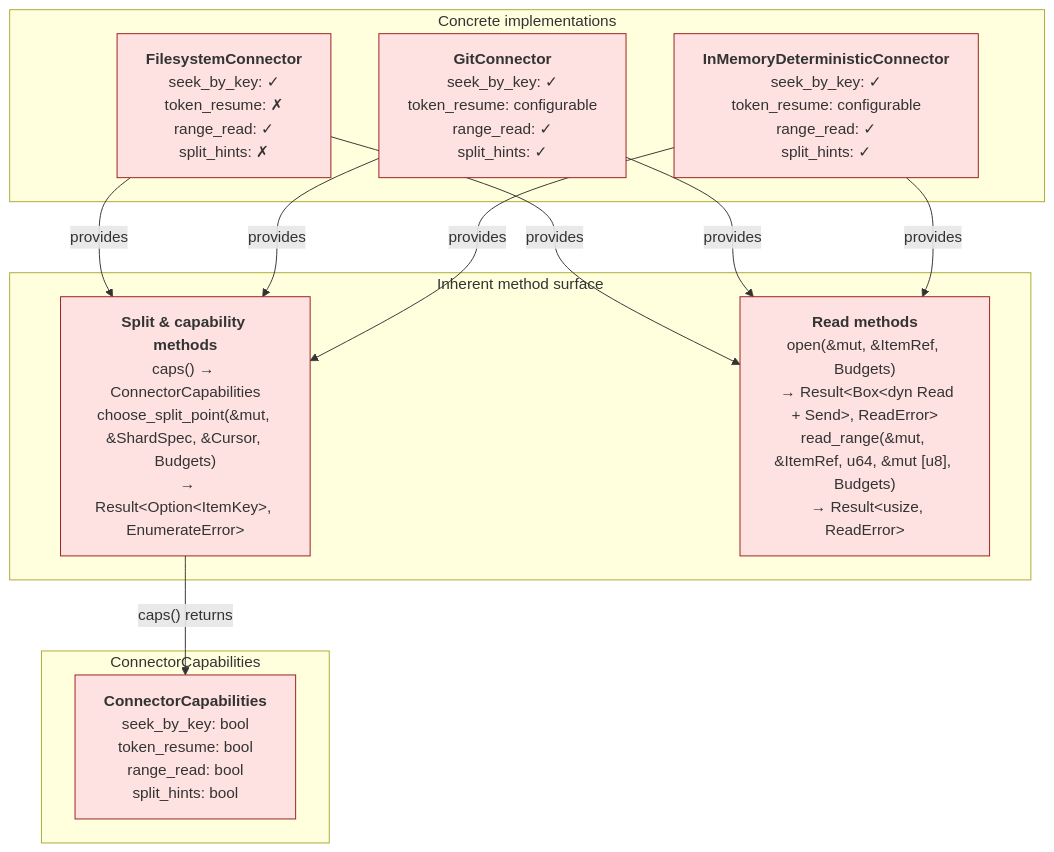
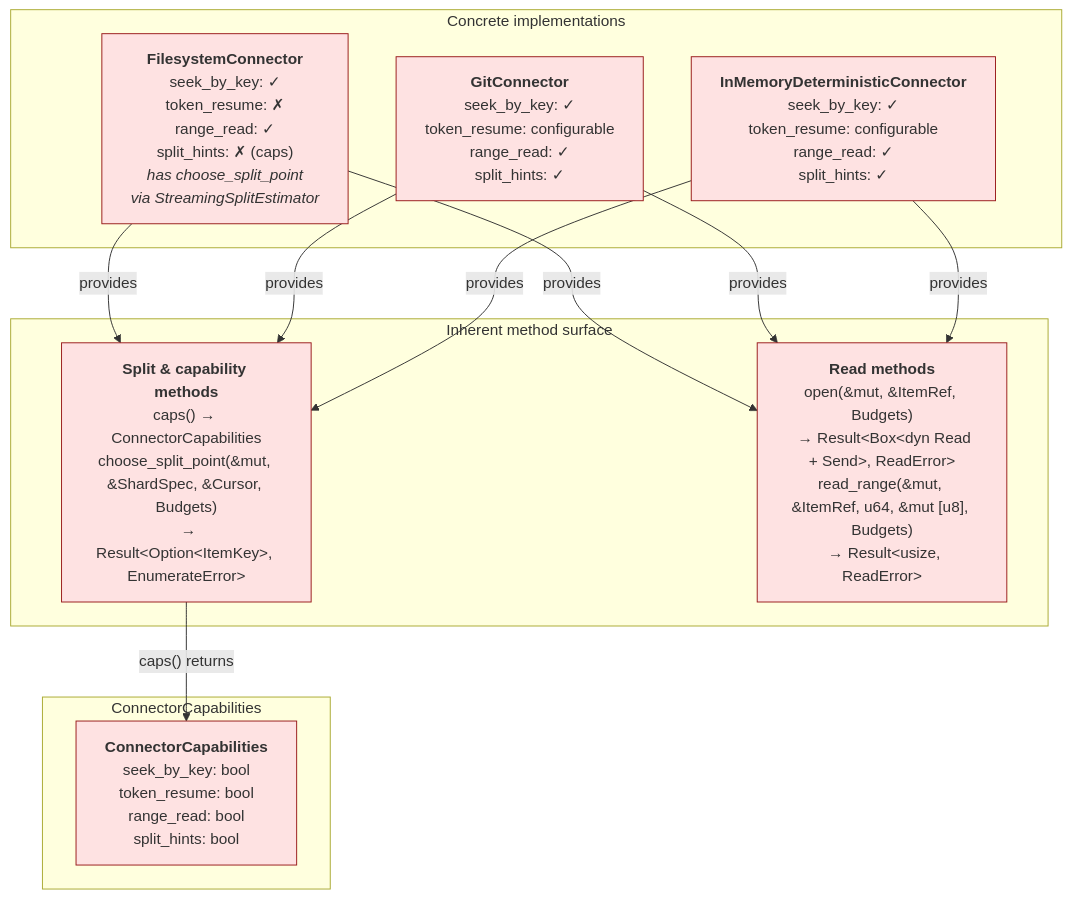
The first of 4 diagrams in diagrams/14-connector-architecture.md (ahrav/Gossip-rs), drawn with Mermaid before and after one commit. The commit also changed other lines of this file and 3 other files, not shown here.

Commit message:
Clarify connector capabilities and persistence pipeline in diagrams and docs

````diff
--- a/diagrams/14-connector-architecture.md
+++ b/diagrams/14-connector-architecture.md
@@ -20,34 +20,34 @@
 ```mermaid
 %% Diagram: connector-method-surface
 graph TD
     subgraph Caps["ConnectorCapabilities"]
         CC["<b>ConnectorCapabilities</b><br/>seek_by_key: bool<br/>token_resume: bool<br/>range_read: bool<br/>split_hints: bool"]
     end
 
     subgraph Methods["Inherent method surface"]
         EM["<b>Split &amp; capability methods</b><br/>caps() → ConnectorCapabilities<br/>choose_split_point(&mut, &ShardSpec, &Cursor, Budgets)<br/>  → Result&lt;Option&lt;ItemKey&gt;, EnumerateError&gt;"]
         RM["<b>Read methods</b><br/>open(&mut, &ItemRef, Budgets)<br/>  → Result&lt;Box&lt;dyn Read + Send&gt;, ReadError&gt;<br/>read_range(&mut, &ItemRef, u64, &mut [u8], Budgets)<br/>  → Result&lt;usize, ReadError&gt;"]
     end
 
     EM -->|"caps() returns"| CC
 
     subgraph Connectors["Concrete implementations"]
-        FS["<b>FilesystemConnector</b><br/>seek_by_key: ✓<br/>token_resume: ✗<br/>range_read: ✓<br/>split_hints: ✗"]
+        FS["<b>FilesystemConnector</b><br/>seek_by_key: ✓<br/>token_resume: ✗<br/>range_read: ✓<br/>split_hints: ✗ (caps)<br/><i>has choose_split_point<br/>via StreamingSplitEstimator</i>"]
         GIT["<b>GitConnector</b><br/>seek_by_key: ✓<br/>token_resume: configurable<br/>range_read: ✓<br/>split_hints: ✓"]
         MEM["<b>InMemoryDeterministicConnector</b><br/>seek_by_key: ✓<br/>token_resume: configurable<br/>range_read: ✓<br/>split_hints: ✓"]
     end
 
     FS -->|provides| EM
     FS -->|provides| RM
     GIT -->|provides| EM
     GIT -->|provides| RM
     MEM -->|provides| EM
     MEM -->|provides| RM
 
     style CC fill:#FEE2E2,stroke:#991B1B
     style EM fill:#FEE2E2,stroke:#991B1B
     style RM fill:#FEE2E2,stroke:#991B1B
     style FS fill:#FEE2E2,stroke:#991B1B
     style GIT fill:#FEE2E2,stroke:#991B1B
     style MEM fill:#FEE2E2,stroke:#991B1B
 ```
````
